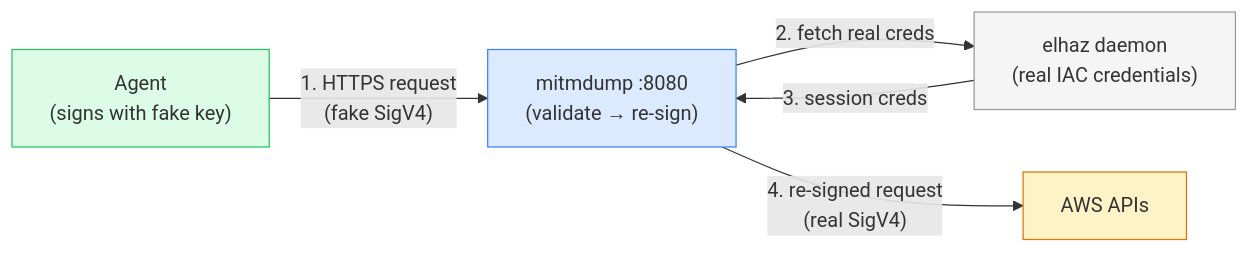
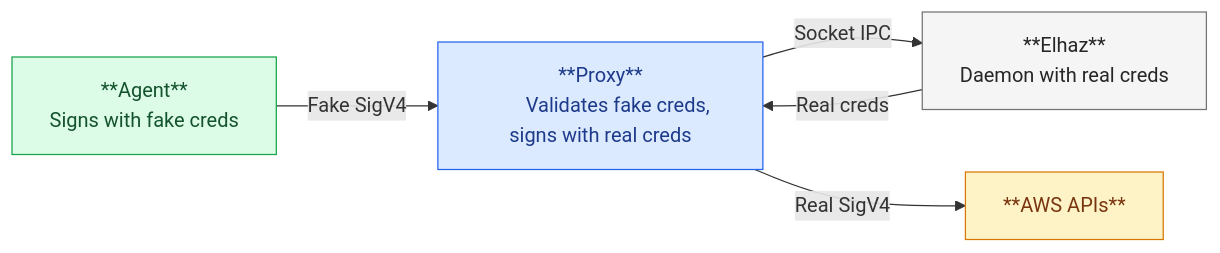
The first of 2 diagrams in README.md (engseclabs/iam-agent-proxy), drawn with Mermaid before and after one commit. The commit also changed other lines of this file, not shown here.

Commit message:
Update README.md to enhance clarity and structure, including improved descriptions of credential injection proxy and least privilege guardrail features.

````diff
--- a/README.md
+++ b/README.md
@@ -25,17 +13,26 @@
 ```mermaid
 graph LR
-    agent["Agent<br/>(signs with fake key)"]
-    mitm["mitmdump :8080<br/>(validate → re-sign)"]
-    elhaz["elhaz daemon<br/>(real IAC credentials)"]
-    aws["AWS APIs"]
+    
+    agent["**Agent**
+        Signs with fake creds"]
+    proxy["**Proxy**
+        Validates fake creds, signs with real creds"]
+    elhaz["**Elhaz**
+        Daemon with real creds"]
+    aws["**AWS APIs**"]
 
-    agent -- "1. HTTPS request<br/>(fake SigV4)" --> mitm
-    mitm -- "2. fetch real creds" --> elhaz
-    elhaz -- "3. session creds" --> mitm
-    mitm -- "4. re-signed request<br/>(real SigV4)" --> aws
+    agent -- "Fake SigV4" --> proxy
+    proxy -- "Socket IPC" --> elhaz
+    elhaz -- "Real creds" --> proxy
+    proxy -- "Real SigV4" --> aws
 
-    style agent fill:#dcfce7,stroke:#22c55e
-    style mitm fill:#dbeafe,stroke:#3b82f6
-    style elhaz fill:#f5f5f5,stroke:#999
-    style aws fill:#fef3c7,stroke:#d97706
+    classDef agentStyle fill:#dcfce7,stroke:#16a34a,color:#14532d
+    classDef proxyStyle fill:#dbeafe,stroke:#2563eb,color:#1e3a8a
+    classDef elhazStyle fill:#f5f5f5,stroke:#737373,color:#262626
+    classDef awsStyle fill:#fef3c7,stroke:#d97706,color:#78350f
+
+    class agent agentStyle
+    class proxy proxyStyle
+    class elhaz elhazStyle
+    class aws awsStyle
 ```
````
